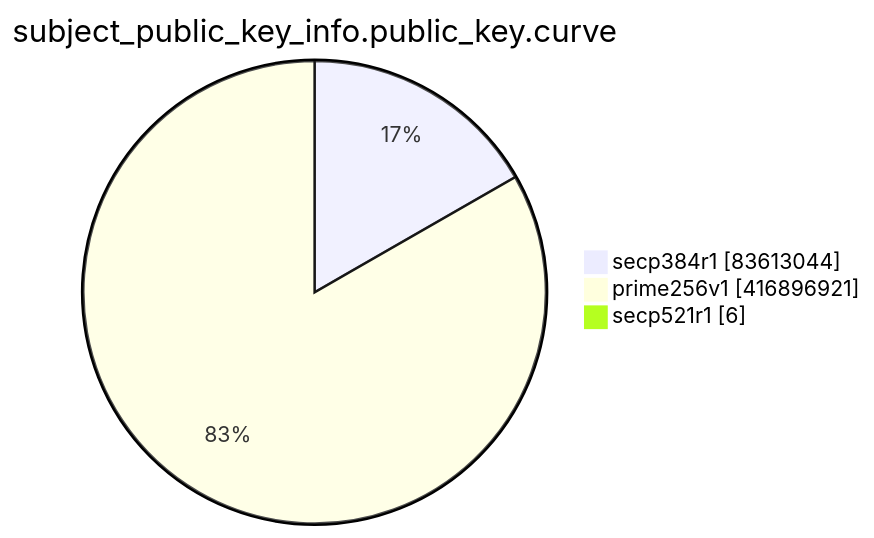
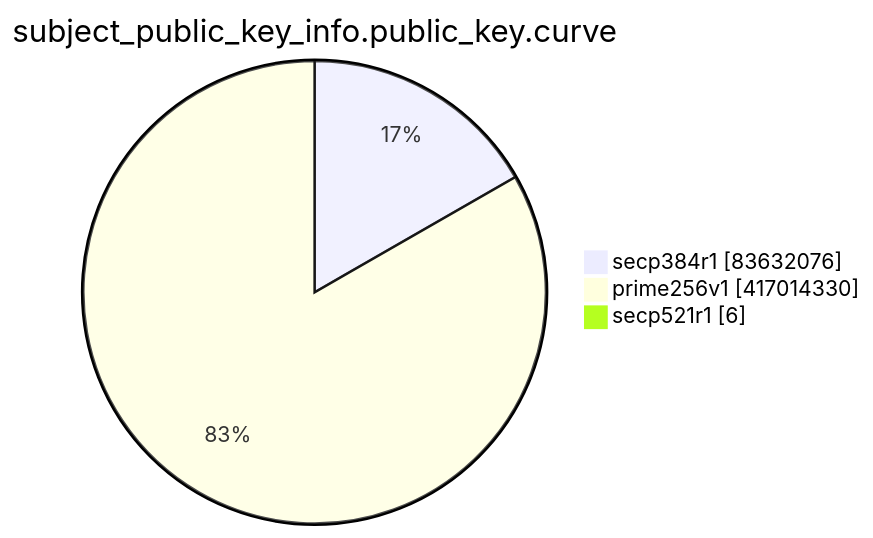
Before and after one commit to christiankrug/ctmonitor_visualization: the eighth of 15 diagrams in TOTAL/README.md, drawn with Mermaid. The commit also changed other lines of this file, not shown here.

````diff
--- a/TOTAL/README.md
+++ b/TOTAL/README.md
@@ -3098,7 +3098,7 @@
 ```mermaid
 pie showData
 title subject_public_key_info.public_key.curve
-"secp384r1" :83613044
-"prime256v1" :416896921
+"secp384r1" :83632076
+"prime256v1" :417014330
 "secp521r1" :6
 ```
````
